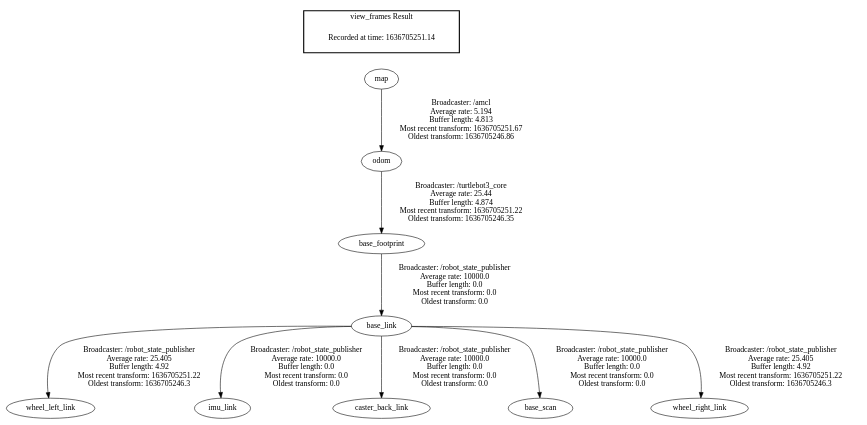
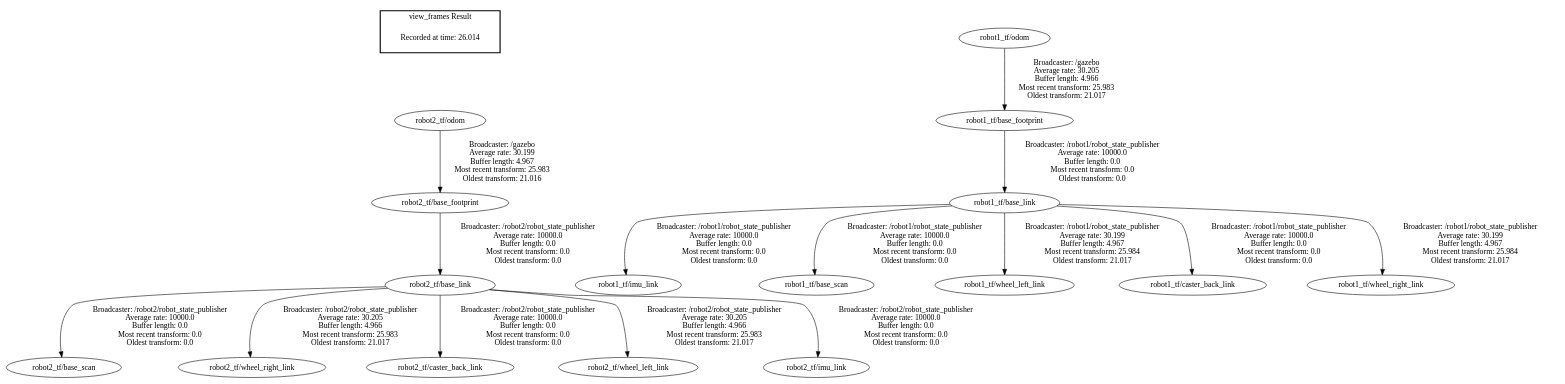
One commit to earthtennison/robocup-navigation changed the diagram in non_ws/frames.gv. Above: the diagram before and after it, drawn with Graphviz. The commit also changed 21 other files, not shown here.

```diff
--- a/non_ws/frames.gv
+++ b/non_ws/frames.gv
@@ -1,14 +1,20 @@
 digraph G {
-"base_link" -> "wheel_left_link"[label=" Broadcaster: /robot_state_publisher\nAverage rate: 25.405\nBuffer length: 4.92\nMost recent transform: 1636705251.22\nOldest transform: 1636705246.3\n"];
-"base_link" -> "imu_link"[label=" Broadcaster: /robot_state_publisher\nAverage rate: 10000.0\nBuffer length: 0.0\nMost recent transform: 0.0\nOldest transform: 0.0\n"];
-"base_footprint" -> "base_link"[label=" Broadcaster: /robot_state_publisher\nAverage rate: 10000.0\nBuffer length: 0.0\nMost recent transform: 0.0\nOldest transform: 0.0\n"];
-"base_link" -> "caster_back_link"[label=" Broadcaster: /robot_state_publisher\nAverage rate: 10000.0\nBuffer length: 0.0\nMost recent transform: 0.0\nOldest transform: 0.0\n"];
-"base_link" -> "base_scan"[label=" Broadcaster: /robot_state_publisher\nAverage rate: 10000.0\nBuffer length: 0.0\nMost recent transform: 0.0\nOldest transform: 0.0\n"];
-"map" -> "odom"[label=" Broadcaster: /amcl\nAverage rate: 5.194\nBuffer length: 4.813\nMost recent transform: 1636705251.67\nOldest transform: 1636705246.86\n"];
-"base_link" -> "wheel_right_link"[label=" Broadcaster: /robot_state_publisher\nAverage rate: 25.405\nBuffer length: 4.92\nMost recent transform: 1636705251.22\nOldest transform: 1636705246.3\n"];
-"odom" -> "base_footprint"[label=" Broadcaster: /turtlebot3_core\nAverage rate: 25.44\nBuffer length: 4.874\nMost recent transform: 1636705251.22\nOldest transform: 1636705246.35\n"];
+"robot2_tf/base_link" -> "robot2_tf/base_scan"[label=" Broadcaster: /robot2/robot_state_publisher\nAverage rate: 10000.0\nBuffer length: 0.0\nMost recent transform: 0.0\nOldest transform: 0.0\n"];
+"robot1_tf/base_link" -> "robot1_tf/imu_link"[label=" Broadcaster: /robot1/robot_state_publisher\nAverage rate: 10000.0\nBuffer length: 0.0\nMost recent transform: 0.0\nOldest transform: 0.0\n"];
+"robot1_tf/base_link" -> "robot1_tf/base_scan"[label=" Broadcaster: /robot1/robot_state_publisher\nAverage rate: 10000.0\nBuffer length: 0.0\nMost recent transform: 0.0\nOldest transform: 0.0\n"];
+"robot1_tf/odom" -> "robot1_tf/base_footprint"[label=" Broadcaster: /gazebo\nAverage rate: 30.205\nBuffer length: 4.966\nMost recent transform: 25.983\nOldest transform: 21.017\n"];
+"robot1_tf/base_link" -> "robot1_tf/wheel_left_link"[label=" Broadcaster: /robot1/robot_state_publisher\nAverage rate: 30.199\nBuffer length: 4.967\nMost recent transform: 25.984\nOldest transform: 21.017\n"];
+"robot2_tf/base_link" -> "robot2_tf/wheel_right_link"[label=" Broadcaster: /robot2/robot_state_publisher\nAverage rate: 30.205\nBuffer length: 4.966\nMost recent transform: 25.983\nOldest transform: 21.017\n"];
+"robot2_tf/base_footprint" -> "robot2_tf/base_link"[label=" Broadcaster: /robot2/robot_state_publisher\nAverage rate: 10000.0\nBuffer length: 0.0\nMost recent transform: 0.0\nOldest transform: 0.0\n"];
+"robot1_tf/base_link" -> "robot1_tf/caster_back_link"[label=" Broadcaster: /robot1/robot_state_publisher\nAverage rate: 10000.0\nBuffer length: 0.0\nMost recent transform: 0.0\nOldest transform: 0.0\n"];
+"robot2_tf/base_link" -> "robot2_tf/caster_back_link"[label=" Broadcaster: /robot2/robot_state_publisher\nAverage rate: 10000.0\nBuffer length: 0.0\nMost recent transform: 0.0\nOldest transform: 0.0\n"];
+"robot2_tf/base_link" -> "robot2_tf/wheel_left_link"[label=" Broadcaster: /robot2/robot_state_publisher\nAverage rate: 30.205\nBuffer length: 4.966\nMost recent transform: 25.983\nOldest transform: 21.017\n"];
+"robot1_tf/base_link" -> "robot1_tf/wheel_right_link"[label=" Broadcaster: /robot1/robot_state_publisher\nAverage rate: 30.199\nBuffer length: 4.967\nMost recent transform: 25.984\nOldest transform: 21.017\n"];
+"robot2_tf/odom" -> "robot2_tf/base_footprint"[label=" Broadcaster: /gazebo\nAverage rate: 30.199\nBuffer length: 4.967\nMost recent transform: 25.983\nOldest transform: 21.016\n"];
+"robot2_tf/base_link" -> "robot2_tf/imu_link"[label=" Broadcaster: /robot2/robot_state_publisher\nAverage rate: 10000.0\nBuffer length: 0.0\nMost recent transform: 0.0\nOldest transform: 0.0\n"];
+"robot1_tf/base_footprint" -> "robot1_tf/base_link"[label=" Broadcaster: /robot1/robot_state_publisher\nAverage rate: 10000.0\nBuffer length: 0.0\nMost recent transform: 0.0\nOldest transform: 0.0\n"];
 edge [style=invis];
  subgraph cluster_legend { style=bold; color=black; label ="view_frames Result";
-"Recorded at time: 1636705251.14"[ shape=plaintext ] ;
-}->"map";
+"Recorded at time: 26.014"[ shape=plaintext ] ;
+}->"robot2_tf/odom";
 }
```
